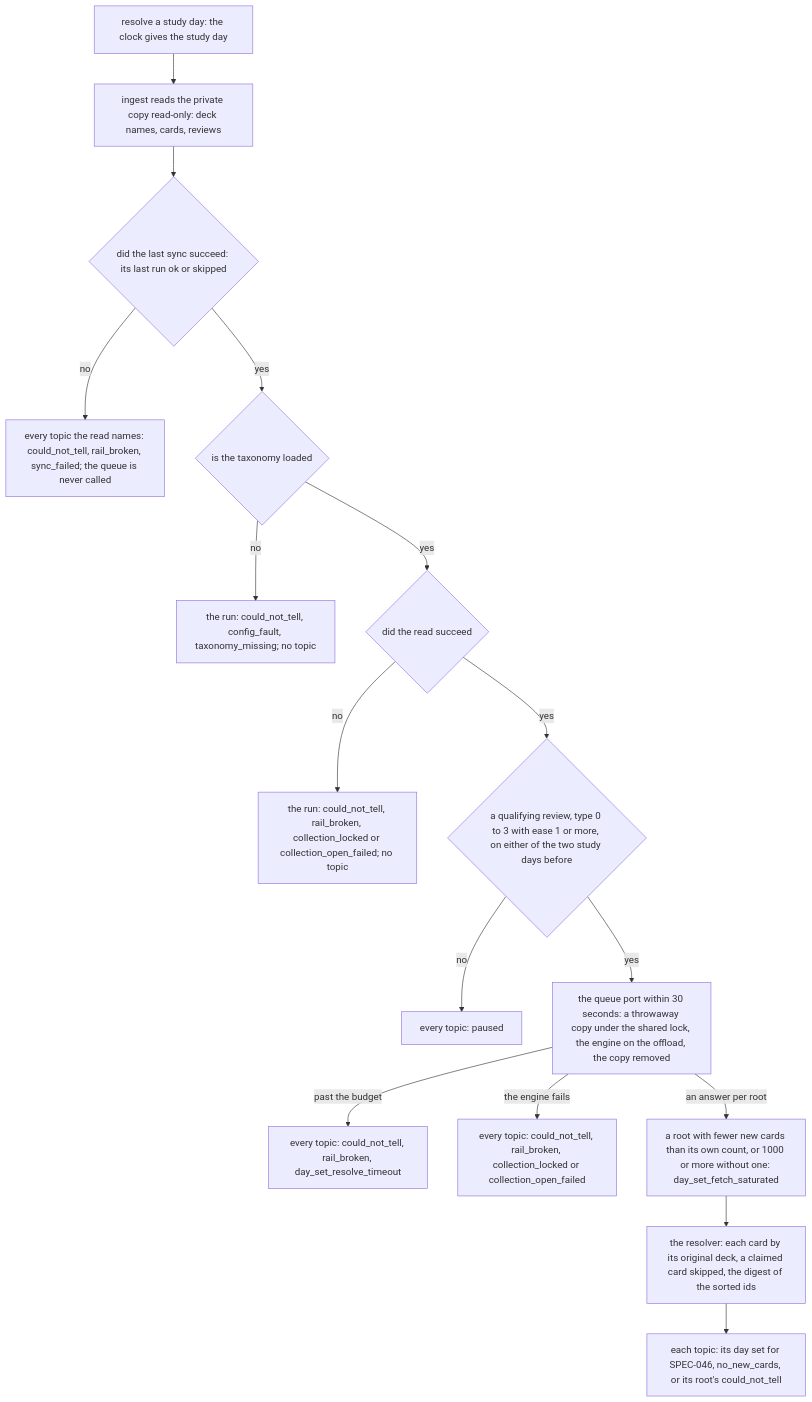
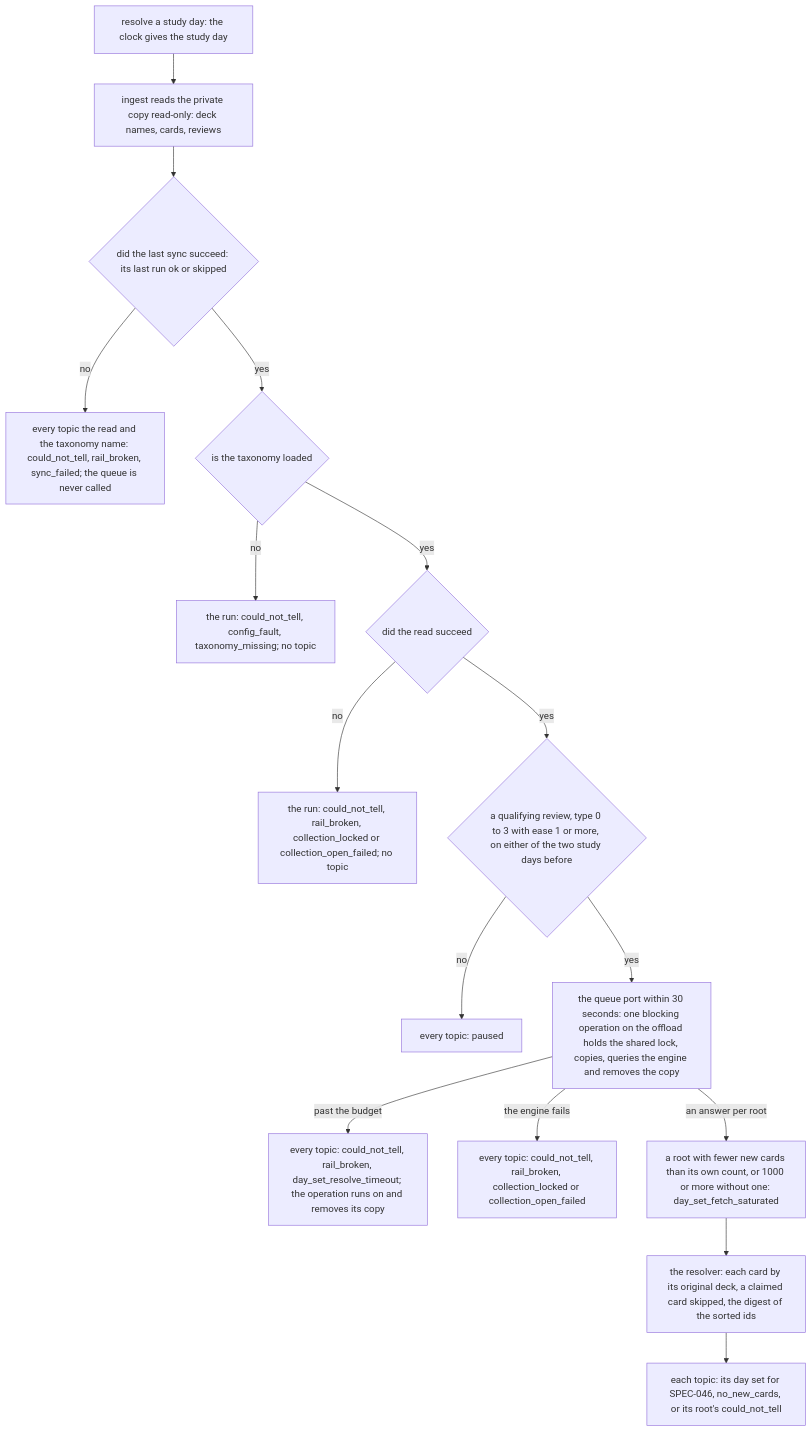
The second of 3 diagrams in docs/schematics/reading-lifecycle.md (RexRenatus/deck-streak), drawn with Mermaid before and after one commit. The commit also changed other lines of this file and 5 other files, not shown here.

````diff
--- a/docs/schematics/reading-lifecycle.md
+++ b/docs/schematics/reading-lifecycle.md
@@ -56,18 +59,18 @@
 ```mermaid
 flowchart TD
   start[resolve a study day: the clock gives the study day] --> read[ingest reads the private copy read-only: deck names, cards, reviews]
   read --> sync{did the last sync succeed: its last run ok or skipped}
-  sync -- no --> syncfail[every topic the read names: could_not_tell, rail_broken, sync_failed; the queue is never called]
+  sync -- no --> syncfail[every topic the read and the taxonomy name: could_not_tell, rail_broken, sync_failed; the queue is never called]
   sync -- yes --> tax{is the taxonomy loaded}
   tax -- no --> taxmissing[the run: could_not_tell, config_fault, taxonomy_missing; no topic]
   tax -- yes --> readok{did the read succeed}
   readok -- no --> unread[the run: could_not_tell, rail_broken, collection_locked or collection_open_failed; no topic]
   readok -- yes --> pause{a qualifying review, type 0 to 3 with ease 1 or more, on either of the two study days before}
   pause -- no --> paused[every topic: paused]
-  pause -- yes --> queue[the queue port within 30 seconds: a throwaway copy under the shared lock, the engine on the offload, the copy removed]
-  queue -- past the budget --> timeout[every topic: could_not_tell, rail_broken, day_set_resolve_timeout]
+  pause -- yes --> queue[the queue port within 30 seconds: one blocking operation on the offload holds the shared lock, copies, queries the engine and removes the copy]
+  queue -- past the budget --> timeout[every topic: could_not_tell, rail_broken, day_set_resolve_timeout; the operation runs on and removes its copy]
   queue -- the engine fails --> failed[every topic: could_not_tell, rail_broken, collection_locked or collection_open_failed]
   queue -- an answer per root --> roots[a root with fewer new cards than its own count, or 1000 or more without one: day_set_fetch_saturated]
   roots --> resolver[the resolver: each card by its original deck, a claimed card skipped, the digest of the sorted ids]
   resolver --> topics[each topic: its day set for SPEC-046, no_new_cards, or its root's could_not_tell]
 ```
````
